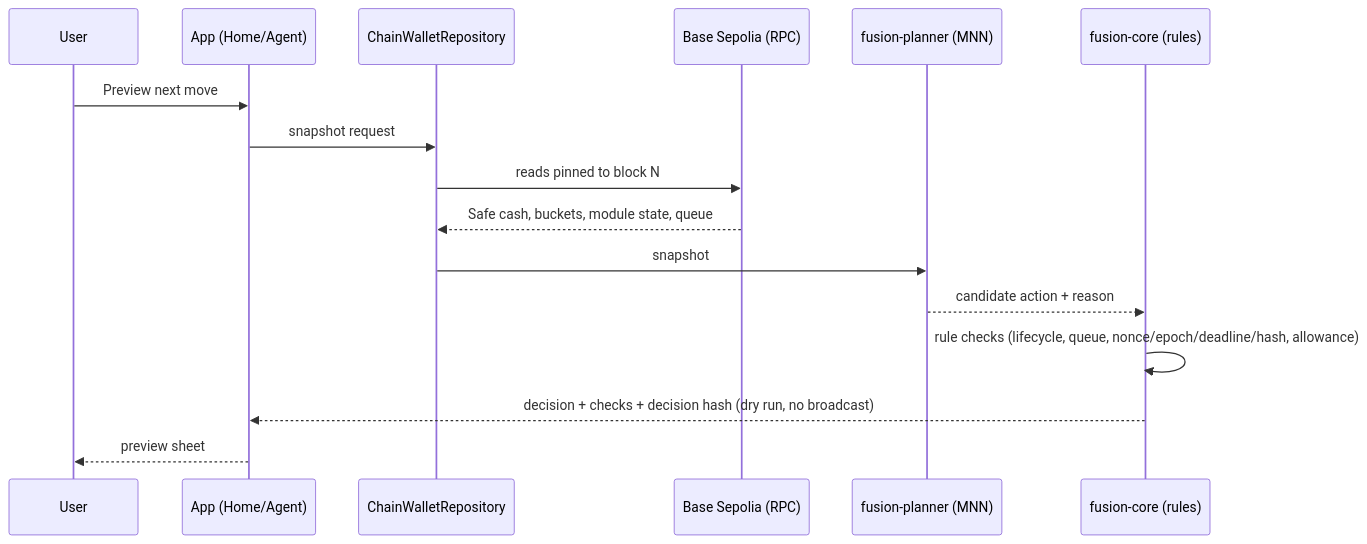
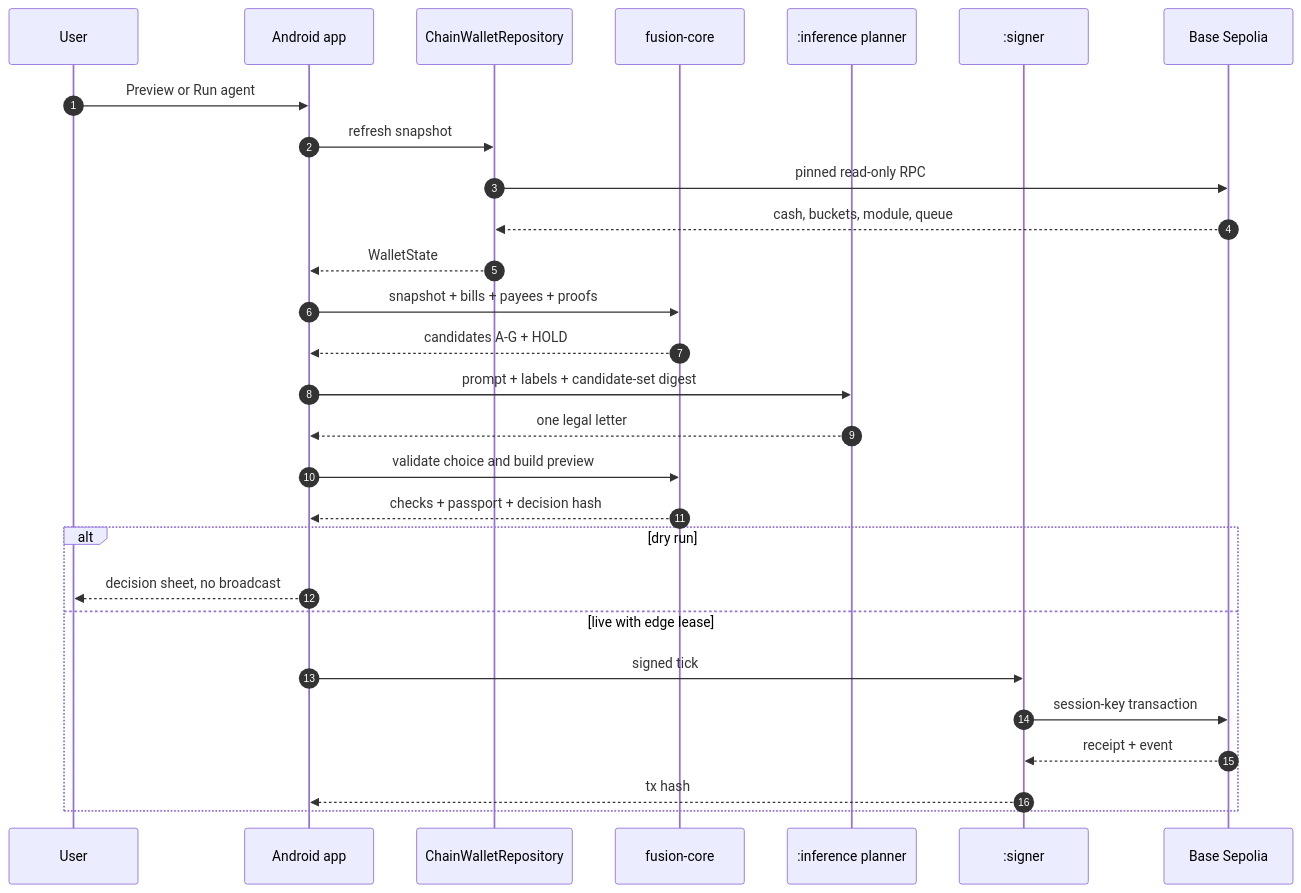
Before and after one commit to AdribMahmud101/fusion_wallet: the second of 3 diagrams in docs/SYSTEM_OVERVIEW.md, drawn with Mermaid. The commit also changed other lines of this file and 1 other file, not shown here.

````diff
--- a/docs/SYSTEM_OVERVIEW.md
+++ b/docs/SYSTEM_OVERVIEW.md
@@ -116,18 +131,31 @@
 ```mermaid
 sequenceDiagram
+  autonumber
   participant U as User
-  participant A as App (Home/Agent)
+  participant A as Android app
   participant R as ChainWalletRepository
-  participant C as Base Sepolia (RPC)
-  participant P as fusion-planner (MNN)
-  participant K as fusion-core (rules)
-  U->>A: Preview next move
-  A->>R: snapshot request
-  R->>C: reads pinned to block N
-  C-->>R: Safe cash, buckets, module state, queue
-  R->>P: snapshot
-  P-->>K: candidate action + reason
-  K->>K: rule checks (lifecycle, queue, nonce/epoch/deadline/hash, allowance)
-  K-->>A: decision + checks + decision hash (dry run, no broadcast)
-  A-->>U: preview sheet
+  participant C as fusion-core
+  participant P as :inference planner
+  participant S as :signer
+  participant N as Base Sepolia
+
+  U->>A: Preview or Run agent
+  A->>R: refresh snapshot
+  R->>N: pinned read-only RPC
+  N-->>R: cash, buckets, module, queue
+  R-->>A: WalletState
+  A->>C: snapshot + bills + payees + proofs
+  C-->>A: candidates A-G + HOLD
+  A->>P: prompt + labels + candidate-set digest
+  P-->>A: one legal letter
+  A->>C: validate choice and build preview
+  C-->>A: checks + passport + decision hash
+  alt dry run
+    A-->>U: decision sheet, no broadcast
+  else live with edge lease
+    A->>S: signed tick
+    S->>N: session-key transaction
+    N-->>S: receipt + event
+    S-->>A: tx hash
+  end
 ```
````
